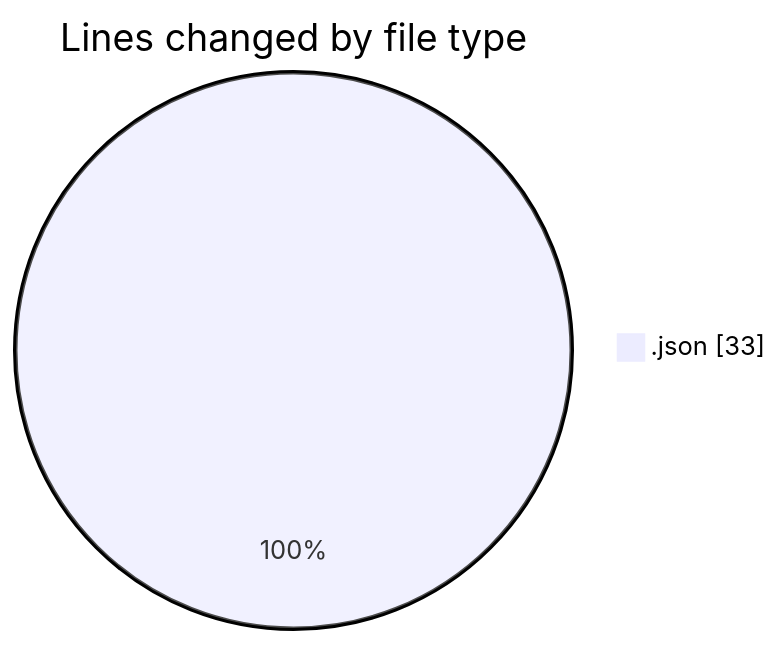
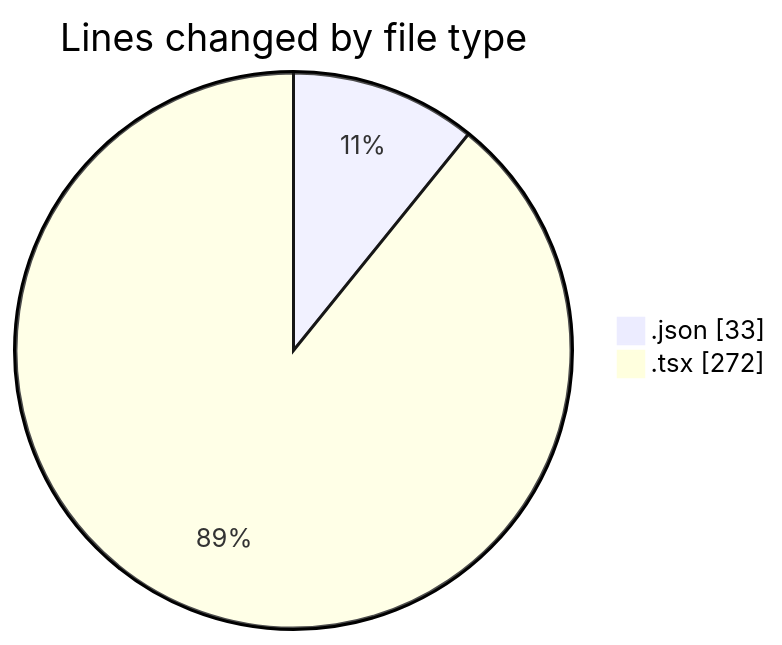
Before and after one commit to Elitesun/code-tracking: the first of 2 diagrams in 2025-03-11/projet_stage/README.md, drawn with Mermaid. The commit also changed other lines of this file and 1 other file, not shown here.

````diff
--- a/2025-03-11/projet_stage/README.md
+++ b/2025-03-11/projet_stage/README.md
@@ -20,5 +22,6 @@
 ```mermaid
 pie showData
 title Lines changed by file type
 ".json" : 33
+".tsx" : 272
 ```
````
